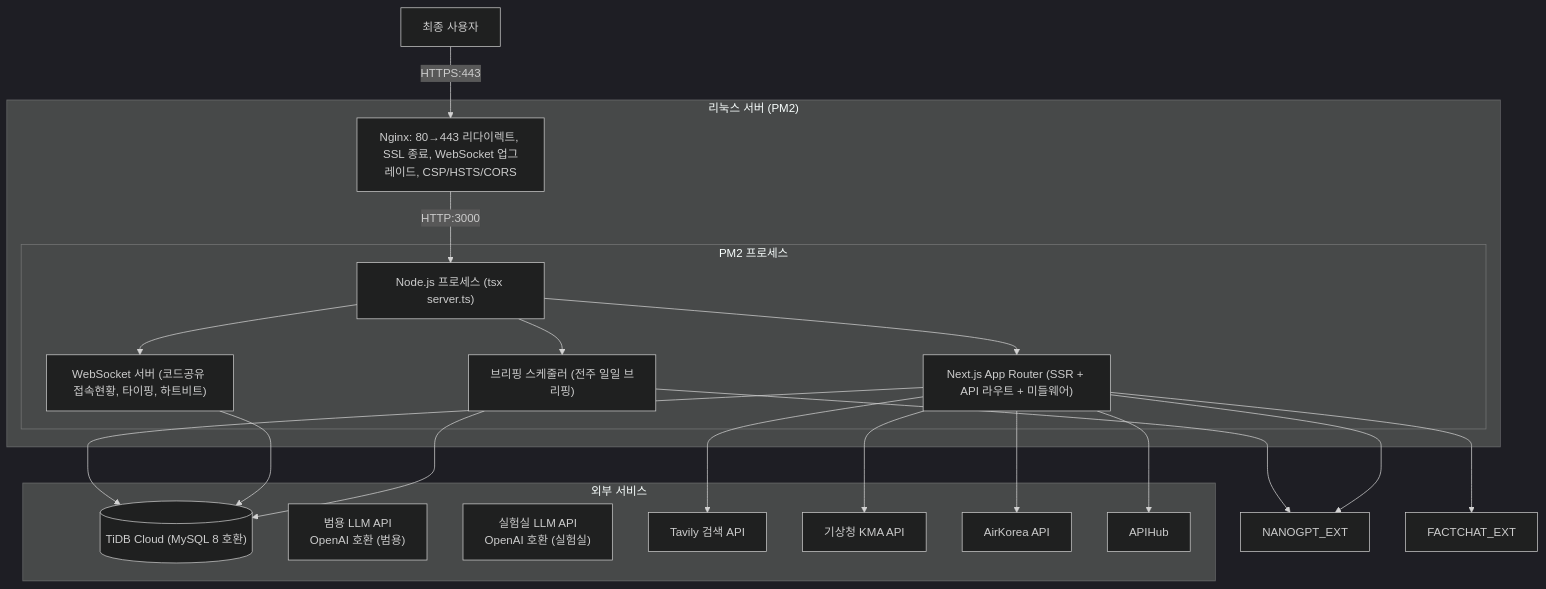
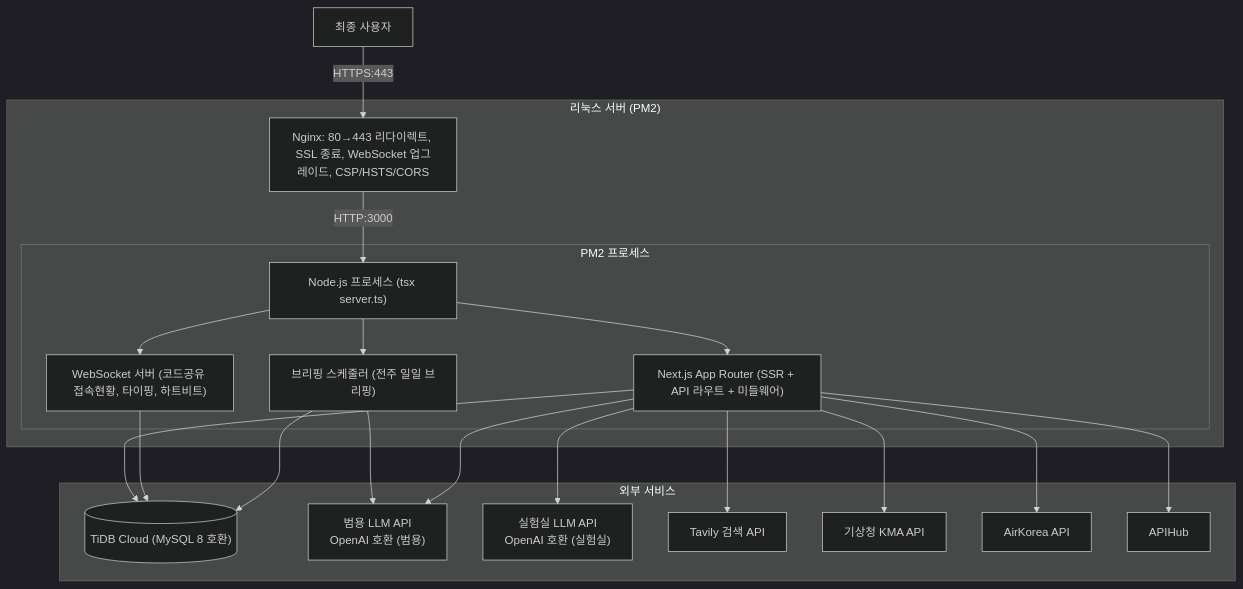
Before and after one commit to kim0040/Nadeulhae: diagram 14 of 17 in docs/ARCHITECTURE_UML_KO.md, drawn with Mermaid (dark theme). The commit also changed other lines of this file and 3 other files, not shown here.

First line of the commit message:
docs: sync README counts, fix ARCHITECTURE_UML_KO provider names

````diff
--- a/docs/ARCHITECTURE_UML_KO.md
+++ b/docs/ARCHITECTURE_UML_KO.md
@@ -1245,42 +1245,42 @@
 ```mermaid
 graph TB
     USERS["최종 사용자"]
 
     subgraph Server["리눅스 서버 (PM2)"]
         NGINX["Nginx: 80→443 리다이렉트, SSL 종료, WebSocket 업그레이드, CSP/HSTS/CORS"]
 
         subgraph PM2["PM2 프로세스"]
             NODE["Node.js 프로세스 (tsx server.ts)"]
             NEXT["Next.js App Router (SSR + API 라우트 + 미들웨어)"]
             WS["WebSocket 서버 (코드공유 접속현황, 타이핑, 하트비트)"]
             SCHEDULER["브리핑 스케줄러 (전주 일일 브리핑)"]
             
             NODE --> NEXT
             NODE --> WS
             NODE --> SCHEDULER
         end
     end
 
     subgraph External["외부 서비스"]
         DB[("TiDB Cloud (MySQL 8 호환)")]
         GENERAL_LLM_EXT["범용 LLM API<br/>OpenAI 호환 (범용)"]
         LAB_LLM_EXT["실험실 LLM API<br/>OpenAI 호환 (실험실)"]
         TAVILY_EXT["Tavily 검색 API"]
         KMA_EXT["기상청 KMA API"]
         AIR_EXT["AirKorea API"]
         APIHUB_EXT["APIHub"]
     end
 
     USERS -- "HTTPS:443" --> NGINX
     NGINX -- "HTTP:3000" --> NODE
     NEXT --> DB
     WS --> DB
-    SCHEDULER --> NANOGPT_EXT
+    SCHEDULER --> GENERAL_LLM_EXT
     SCHEDULER --> DB
-    NEXT --> NANOGPT_EXT
-    NEXT --> FACTCHAT_EXT
+    NEXT --> GENERAL_LLM_EXT
+    NEXT --> LAB_LLM_EXT
     NEXT --> TAVILY_EXT
     NEXT --> KMA_EXT
     NEXT --> AIR_EXT
     NEXT --> APIHUB_EXT
 ```
````
